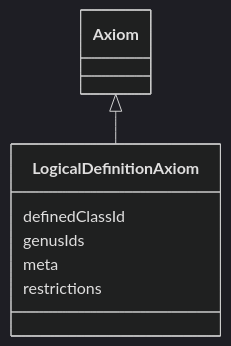
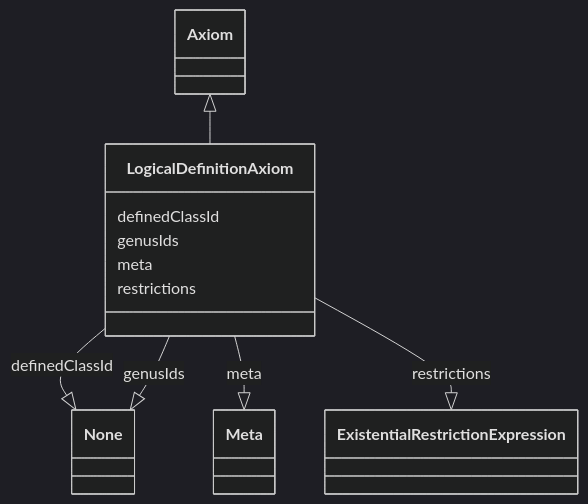
The diagram in obograph/LogicalDefinitionAxiom.md (cthoyt/ontology-access-kit), drawn with Mermaid (dark theme) before and after one commit. The commit also changed other lines of this file and 3287 other files, not shown here.

````diff
--- a/obograph/LogicalDefinitionAxiom.md
+++ b/obograph/LogicalDefinitionAxiom.md
@@ -11,11 +14,23 @@
 ```{mermaid}
  classDiagram
     class LogicalDefinitionAxiom
       Axiom <|-- LogicalDefinitionAxiom
       
       LogicalDefinitionAxiom : definedClassId
+        
+          LogicalDefinitionAxiom --|> None : definedClassId
+        
       LogicalDefinitionAxiom : genusIds
+        
+          LogicalDefinitionAxiom --|> None : genusIds
+        
       LogicalDefinitionAxiom : meta
+        
+          LogicalDefinitionAxiom --|> Meta : meta
+        
       LogicalDefinitionAxiom : restrictions
+        
+          LogicalDefinitionAxiom --|> ExistentialRestrictionExpression : restrictions
+        
       
 ```
````
